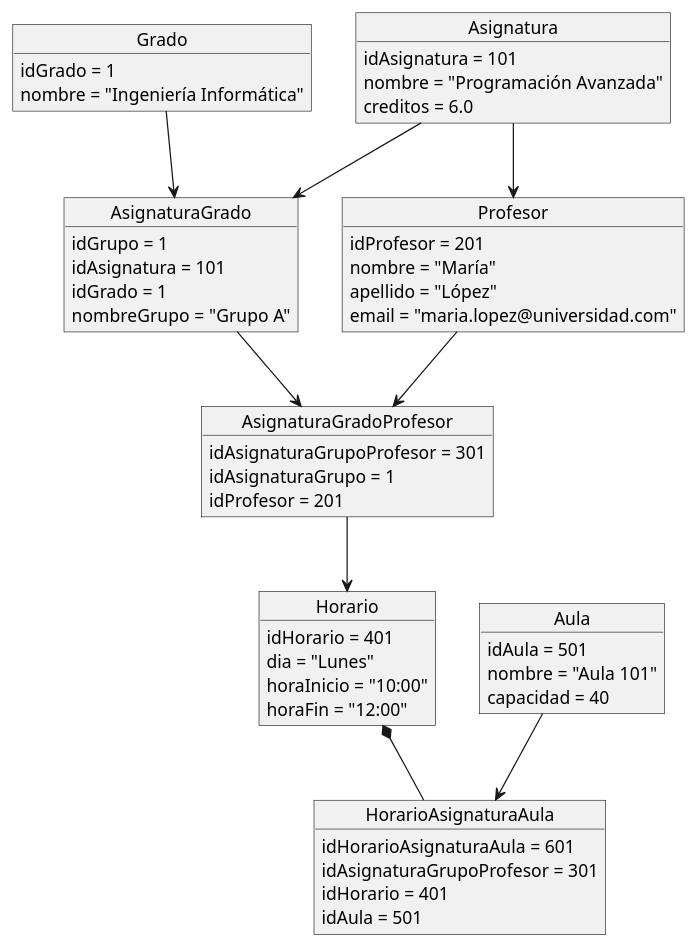
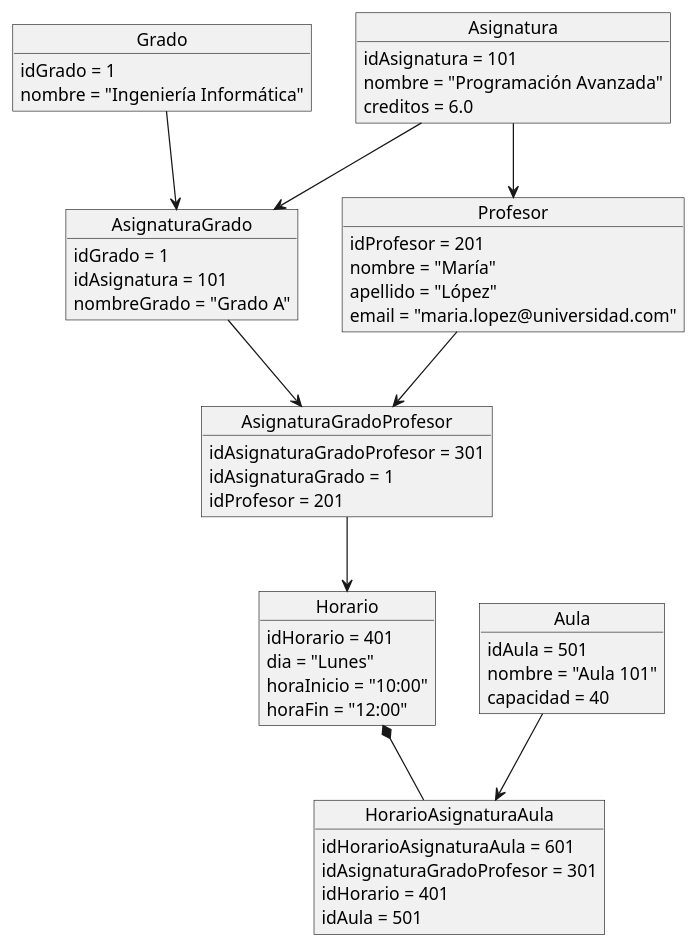
The diagram in modeloDelDominio/plantUML/DiagramaDeObjetos.puml (mmasias/24-25-IdSw1-SDR), drawn with PlantUML before and after one commit.

```diff
--- a/modeloDelDominio/plantUML/DiagramaDeObjetos.puml
+++ b/modeloDelDominio/plantUML/DiagramaDeObjetos.puml
@@ -1,61 +1,60 @@
 @startuml
 object Grado {
   idGrado = 1
   nombre = "Ingeniería Informática"
 }
 
 object Asignatura {
   idAsignatura = 101
   nombre = "Programación Avanzada"
   creditos = 6.0
 }
 
 object AsignaturaGrado {
-  idGrupo = 1
+  idGrado = 1
   idAsignatura = 101
-  idGrado = 1
-  nombreGrupo = "Grupo A"
+  nombreGrado = "Grado A"
 }
 
 object Profesor {
   idProfesor = 201
   nombre = "María"
   apellido = "López"
   email = "maria.lopez@universidad.com"
 }
 
 object AsignaturaGradoProfesor {
-  idAsignaturaGrupoProfesor = 301
-  idAsignaturaGrupo = 1
+  idAsignaturaGradoProfesor = 301
+  idAsignaturaGrado = 1
   idProfesor = 201
 }
 
 object Horario {
   idHorario = 401
   dia = "Lunes"
   horaInicio = "10:00"
   horaFin = "12:00"
 }
 
 object Aula {
   idAula = 501
   nombre = "Aula 101"
   capacidad = 40
 }
 
 object HorarioAsignaturaAula {
   idHorarioAsignaturaAula = 601
-  idAsignaturaGrupoProfesor = 301
+  idAsignaturaGradoProfesor = 301
   idHorario = 401
   idAula = 501
 }
 
 Grado --> AsignaturaGrado
 Asignatura --> AsignaturaGrado
 Asignatura --> Profesor
 AsignaturaGrado --> AsignaturaGradoProfesor
 Profesor --> AsignaturaGradoProfesor
 AsignaturaGradoProfesor --> Horario
 Horario *-- HorarioAsignaturaAula
 Aula --> HorarioAsignaturaAula
 @enduml
```
